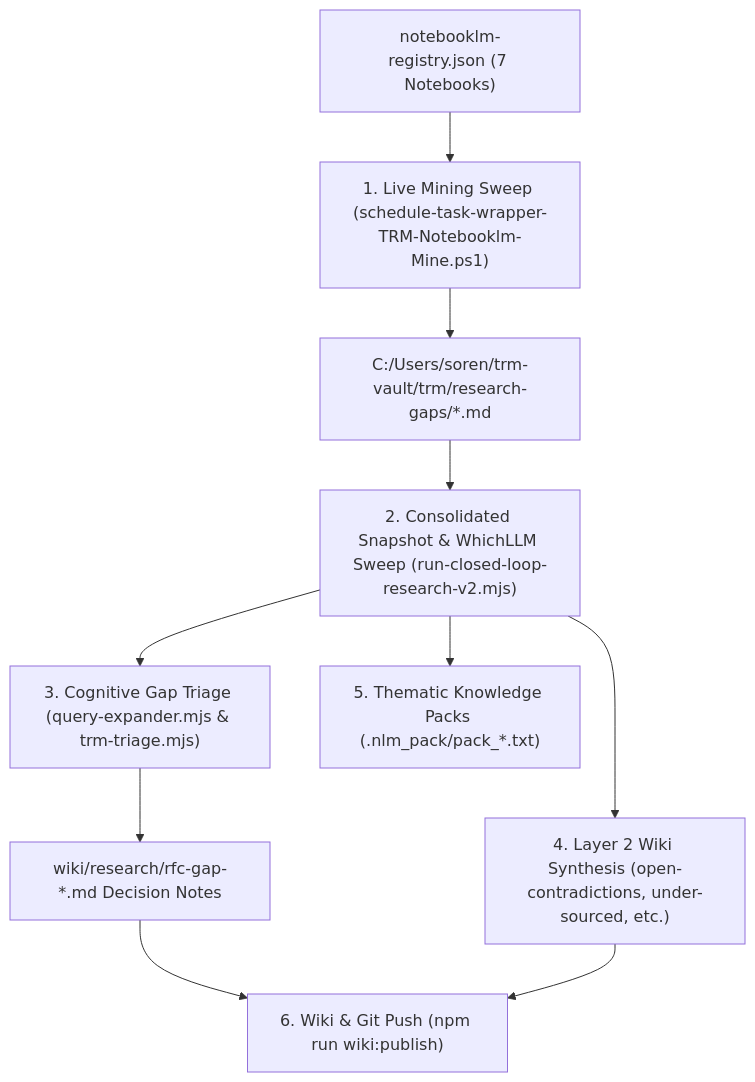
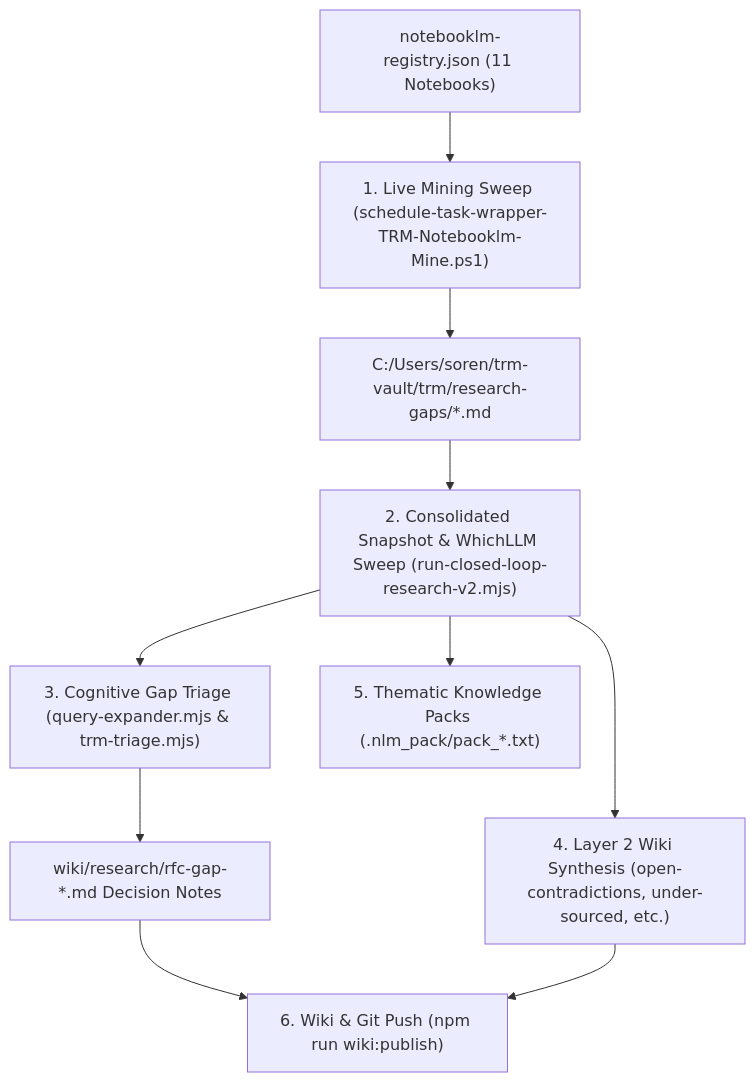
Before and after one commit to sorensencc-dotcom/toolforge: the diagram in skills/trm-closed-loop-research/SKILL.md, drawn with Mermaid. The commit also changed other lines of this file and 12 other files, not shown here.

Commit message:
feat(trm): register 4 new NotebookLM notebooks for closed-loop research

````diff
--- a/skills/trm-closed-loop-research/SKILL.md
+++ b/skills/trm-closed-loop-research/SKILL.md
@@ -20,11 +20,11 @@
 ```mermaid
 flowchart TD
-    A["notebooklm-registry.json (7 Notebooks)"] --> B["1. Live Mining Sweep (schedule-task-wrapper-TRM-Notebooklm-Mine.ps1)"]
+    A["notebooklm-registry.json (11 Notebooks)"] --> B["1. Live Mining Sweep (schedule-task-wrapper-TRM-Notebooklm-Mine.ps1)"]
     B --> C["C:/Users/soren/trm-vault/trm/research-gaps/*.md"]
     C --> D["2. Consolidated Snapshot & WhichLLM Sweep (run-closed-loop-research-v2.mjs)"]
     D --> E["3. Cognitive Gap Triage (query-expander.mjs & trm-triage.mjs)"]
     E --> F["wiki/research/rfc-gap-*.md Decision Notes"]
     D --> G["4. Layer 2 Wiki Synthesis (open-contradictions, under-sourced, etc.)"]
     D --> H["5. Thematic Knowledge Packs (.nlm_pack/pack_*.txt)"]
     F & G --> I["6. Wiki & Git Push (npm run wiki:publish)"]
 ```
````
